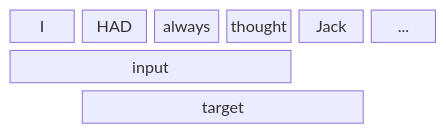
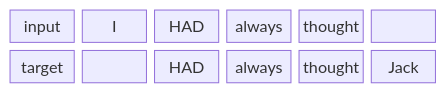
The third of 8 diagrams in docs/02-training-data.md (Ranjeet0611/tinygpt), drawn with Mermaid before and after one commit. The commit also changed other lines of this file and 9 other files, not shown here.

````diff
--- a/docs/02-training-data.md
+++ b/docs/02-training-data.md
@@ -30,7 +51,6 @@
 ```mermaid
 block-beta
     columns 6
-    t0["I"] t1["HAD"] t2["always"] t3["thought"] t4["Jack"] t5["..."]
-    i0["input"]:4 space:2
-    space g1["target"]:4 space
+    l1["input"] i1["I"] i2["HAD"] i3["always"] i4["thought"] e1[" "]
+    l2["target"] e2[" "] t1["HAD"] t2["always"] t3["thought"] t4["Jack"]
 ```
````
